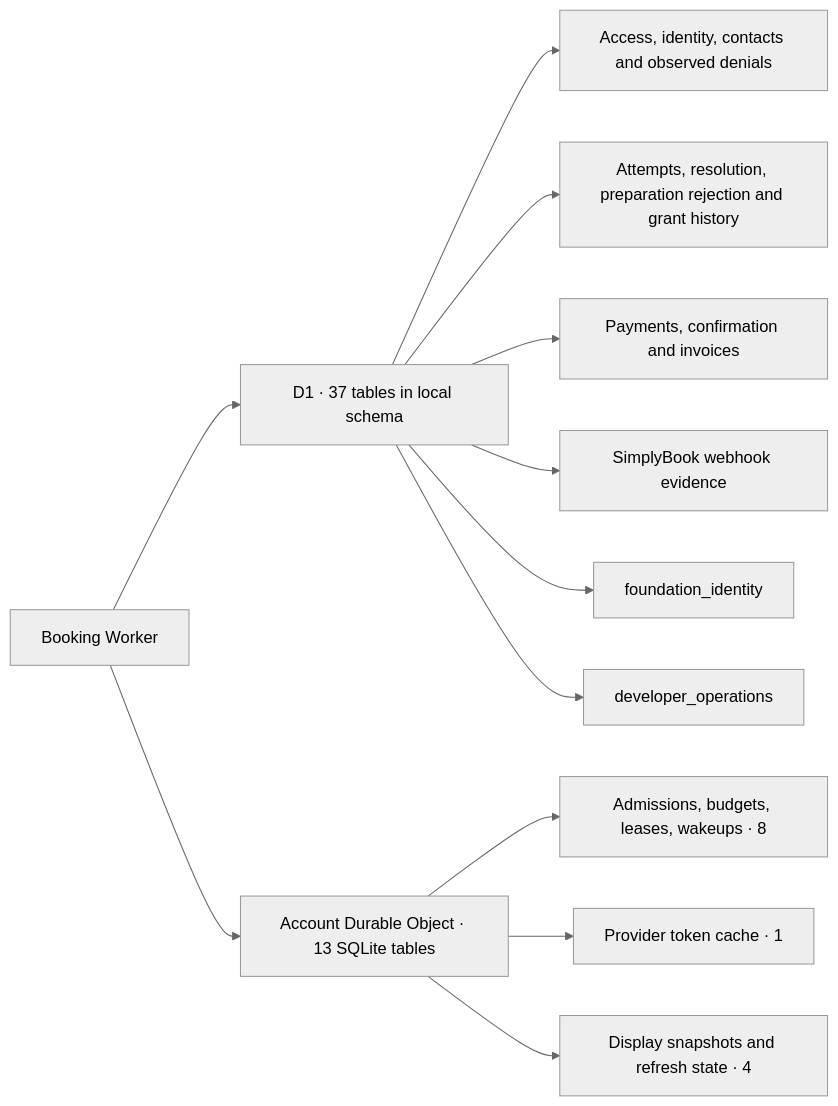
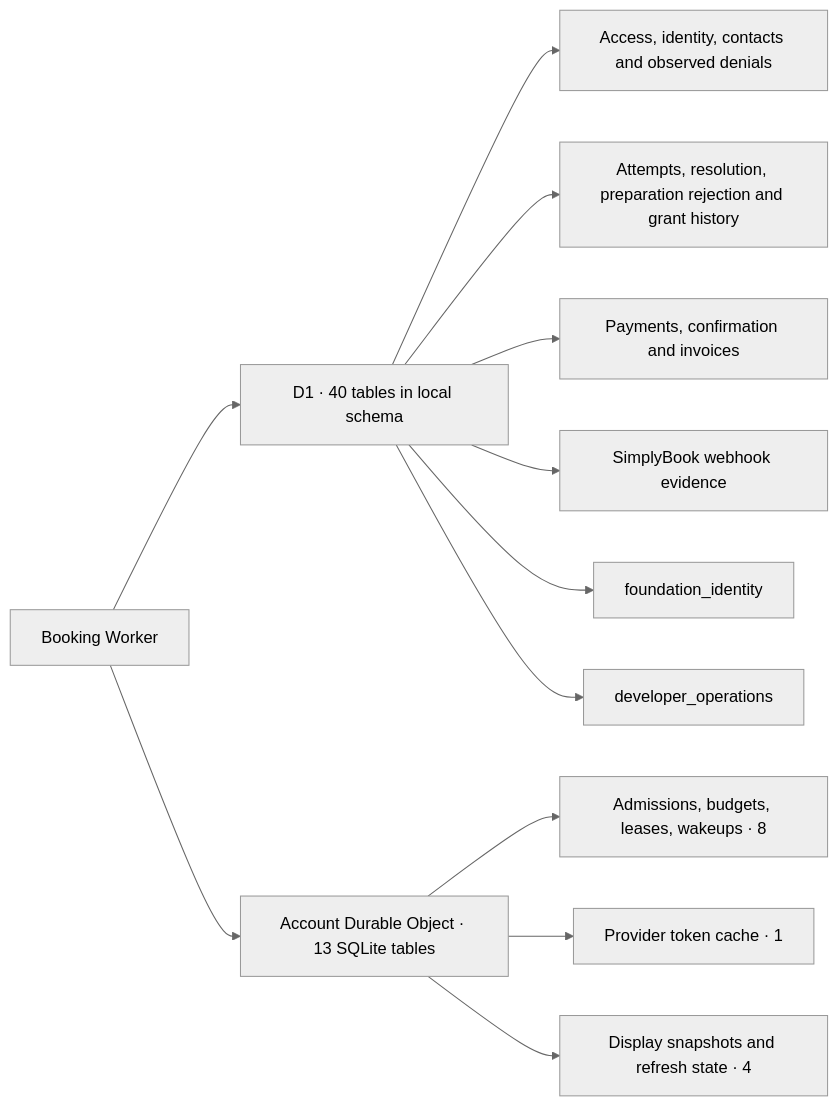
One commit to soccerbotstudiosg/soccerbotstudioSG changed the first of 8 diagrams in docs/architecture/database-schema.md. Above: the diagram before and after it, drawn with Mermaid (neutral theme). The commit also changed other lines of this file and 47 other files, not shown here.

````diff
--- a/docs/architecture/database-schema.md
+++ b/docs/architecture/database-schema.md
@@ -16,14 +17,14 @@
 ```mermaid
 flowchart LR
-  Worker["Booking Worker"] --> D1["D1 · 37 tables in local schema"]
+  Worker["Booking Worker"] --> D1["D1 · 40 tables in local schema"]
   Worker --> DO["Account Durable Object · 13 SQLite tables"]
   D1 --> Identity["Access, identity, contacts and observed denials"]
   D1 --> Booking["Attempts, resolution, preparation rejection and grant history"]
   D1 --> Payment["Payments, confirmation and invoices"]
   D1 --> Webhook["SimplyBook webhook evidence"]
   D1 --> foundation_identity["foundation_identity"]
   D1 --> developer_operations["developer_operations"]
   DO --> Coordination["Admissions, budgets, leases, wakeups · 8"]
   DO --> Tokens["Provider token cache · 1"]
   DO --> Display["Display snapshots and refresh state · 4"]
 ```
````
